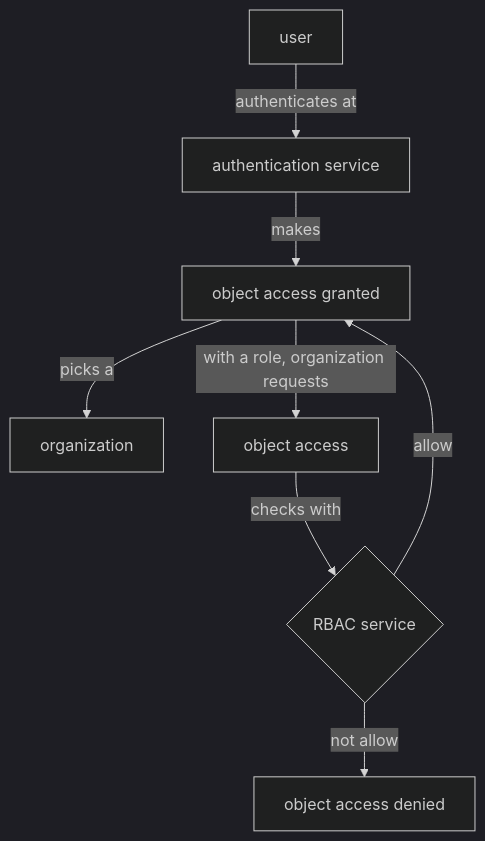
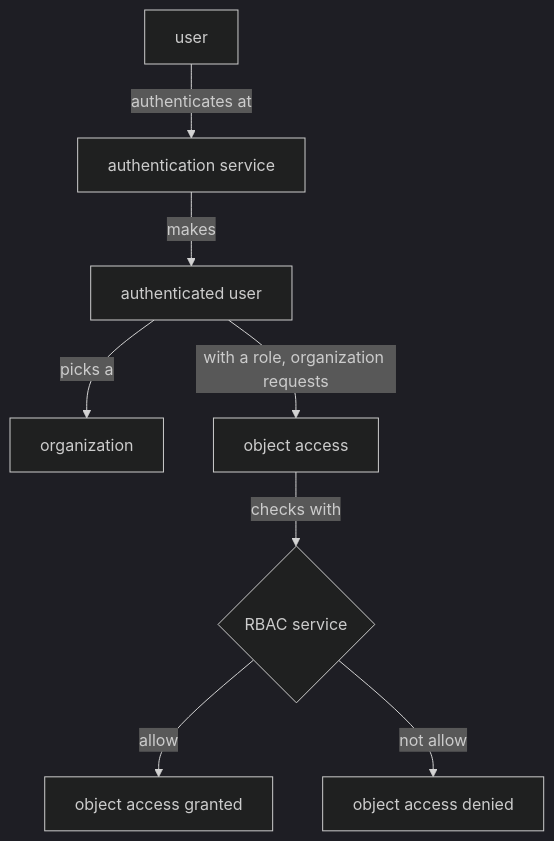
Before and after one commit to milan888-design/rbac: the third of 3 diagrams in README.md, drawn with Mermaid (dark theme). The commit also changed other lines of this file, not shown here.

````diff
--- a/README.md
+++ b/README.md
@@ -29,10 +29,10 @@
 ```mermaid  
 flowchart TD  
     A[user] -->|authenticates at| B[authentication service]  
     B[authentication service] -->|makes| G[authenticated user]  
     G[authenticated user] -->|picks a| C[organization]  
     G[authenticated user] -->|with a role, organization requests| E[object access]
     E[object access] -->|checks with| F{RBAC service}  
-    F -->|allow| G[object access granted]  
+    F -->|allow| I[object access granted]  
     F -->|not allow| H[object access denied]  
 ```  
````
